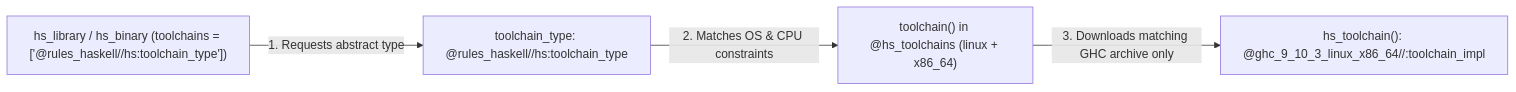
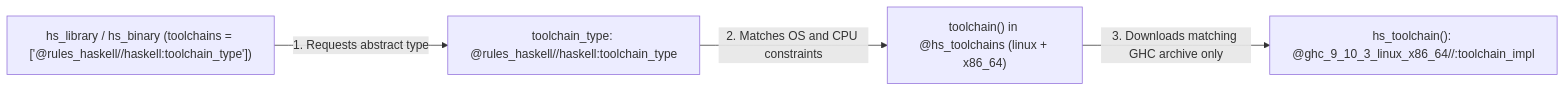
One commit to kaycebasques/hs changed the fourth of 4 diagrams in docs/content/internals/bazel-rules-primer.md. Above: the diagram before and after it, drawn with Mermaid. The commit also changed other lines of this file and 33 other files, not shown here.

````diff
--- a/docs/content/internals/bazel-rules-primer.md
+++ b/docs/content/internals/bazel-rules-primer.md
@@ -435,6 +424,6 @@
 ```mermaid
 flowchart LR
-    RULE["hs_library / hs_binary (toolchains = ['@rules_haskell//hs:toolchain_type'])"] -->|"1. Requests abstract type"| TYPE["toolchain_type: @rules_haskell//hs:toolchain_type"]
-    TYPE -->|"2. Matches OS & CPU constraints"| REG["toolchain() in @hs_toolchains (linux + x86_64)"]
+    RULE["hs_library / hs_binary (toolchains = ['@rules_haskell//haskell:toolchain_type'])"] -->|"1. Requests abstract type"| TYPE["toolchain_type: @rules_haskell//haskell:toolchain_type"]
+    TYPE -->|"2. Matches OS and CPU constraints"| REG["toolchain() in @hs_toolchains (linux + x86_64)"]
     REG -->|"3. Downloads matching GHC archive only"| IMPL["hs_toolchain(): @ghc_9_10_3_linux_x86_64//:toolchain_impl"]
 ```
````
